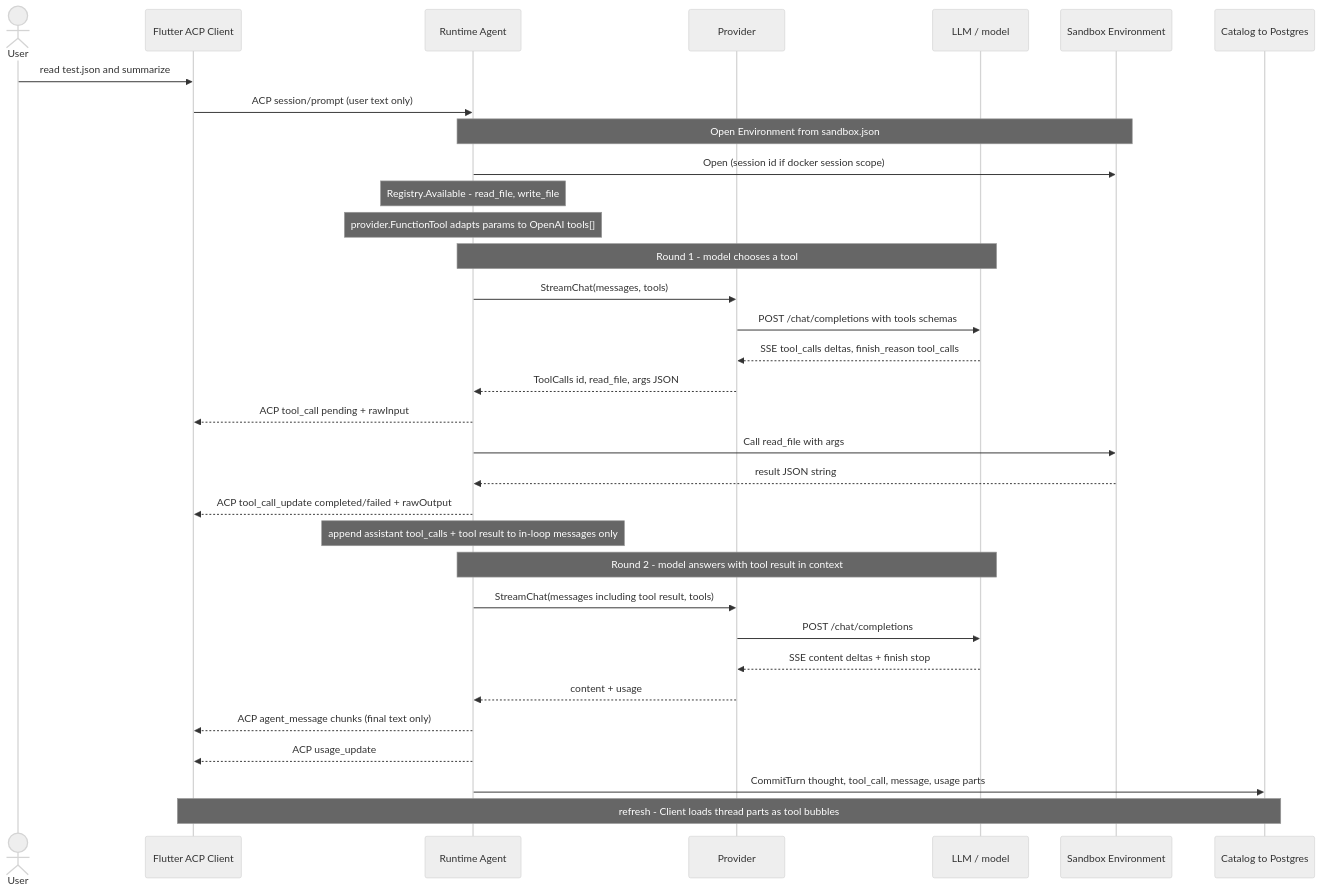
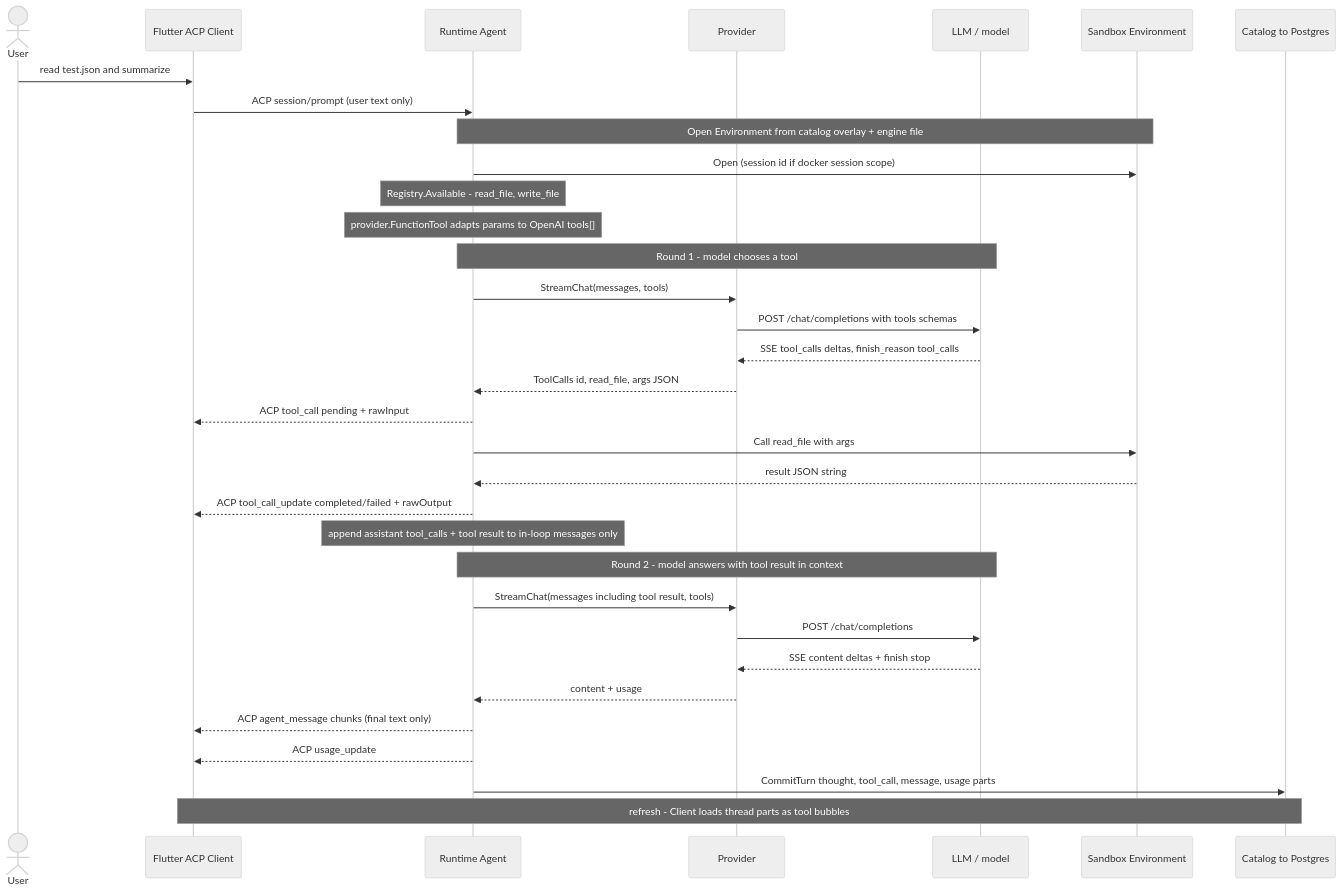
Before and after one commit to tryy3/agent-fabric: the fourth of 6 diagrams in docs/architecture.md, drawn with Mermaid (neutral theme). The commit also changed other lines of this file and 40 other files, not shown here.

First line of the commit message:
feat(settings): overlay plumbing for global sandbox defaults

````diff
--- a/docs/architecture.md
+++ b/docs/architecture.md
@@ -182,41 +182,41 @@
 ```mermaid
 sequenceDiagram
   actor User
   participant Client as Flutter ACP Client
   participant Agent as Runtime Agent
   participant Prov as Provider
   participant LLM as LLM / model
   participant Env as Sandbox Environment
   participant Catalog as Catalog to Postgres
 
   User->>Client: read test.json and summarize
   Client->>Agent: ACP session/prompt (user text only)
 
-  Note over Agent,Env: Open Environment from sandbox.json
+  Note over Agent,Env: Open Environment from catalog overlay + engine file
   Agent->>Env: Open (session id if docker session scope)
   Note over Agent: Registry.Available - read_file, write_file
   Note over Agent: provider.FunctionTool adapts params to OpenAI tools[]
 
   Note over Agent,LLM: Round 1 - model chooses a tool
   Agent->>Prov: StreamChat(messages, tools)
   Prov->>LLM: POST /chat/completions with tools schemas
   LLM-->>Prov: SSE tool_calls deltas, finish_reason tool_calls
   Prov-->>Agent: ToolCalls id, read_file, args JSON
 
   Agent-->>Client: ACP tool_call pending + rawInput
   Agent->>Env: Call read_file with args
   Env-->>Agent: result JSON string
   Agent-->>Client: ACP tool_call_update completed/failed + rawOutput
   Note over Agent: append assistant tool_calls + tool result to in-loop messages only
 
   Note over Agent,LLM: Round 2 - model answers with tool result in context
   Agent->>Prov: StreamChat(messages including tool result, tools)
   Prov->>LLM: POST /chat/completions
   LLM-->>Prov: SSE content deltas + finish stop
   Prov-->>Agent: content + usage
   Agent-->>Client: ACP agent_message chunks (final text only)
   Agent-->>Client: ACP usage_update
 
   Agent->>Catalog: CommitTurn thought, tool_call, message, usage parts
   Note over Client,Catalog: refresh - Client loads thread parts as tool bubbles
 ```
````
